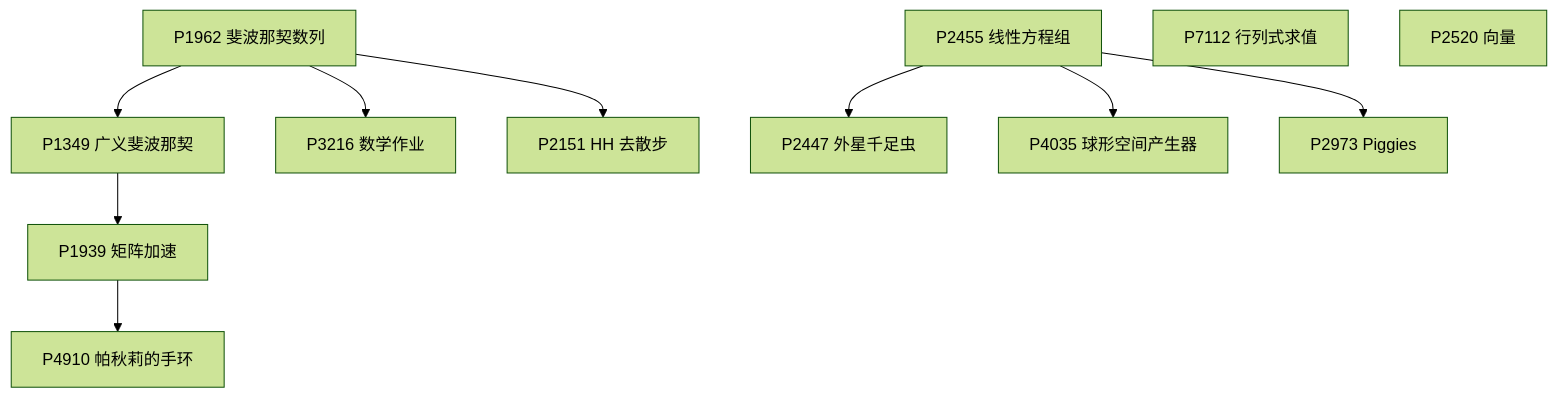
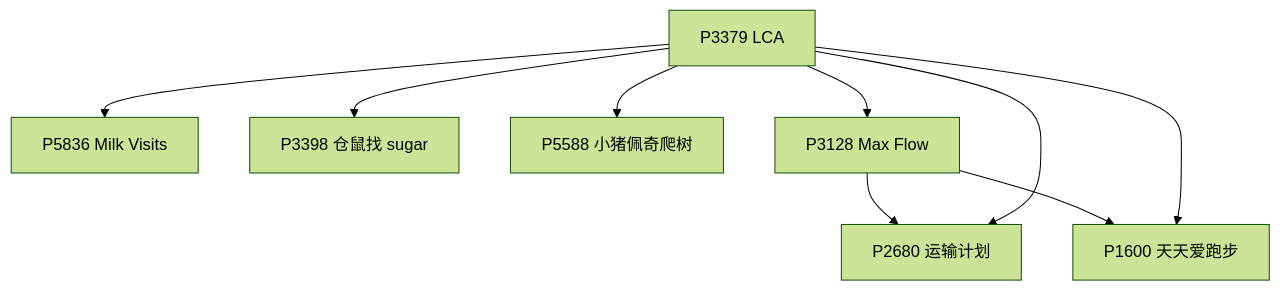
Before and after one commit to rainboyOJ/new_problem_solutions: diagram 20 of 56 in problem-sets/luogu-official-advanced-training.md, drawn with Mermaid (forest theme). The commit also changed other lines of this file and 3 other files, not shown here.

First line of the commit message:
fix(problem-sets): 前置关系图不再缩字——去孤立节点、按支线拆图、宽图横向滚动

````diff
--- a/problem-sets/luogu-official-advanced-training.md
+++ b/problem-sets/luogu-official-advanced-training.md
@@ -1185,24 +597,19 @@
 ```mermaid
 flowchart TD
-  n1962["P1962 斐波那契数列"]
-  n1349["P1349 广义斐波那契"]
-  n1939["P1939 矩阵加速"]
-  n4910["P4910 帕秋莉的手环"]
-  n3216["P3216 数学作业"]
-  n2151["P2151 HH 去散步"]
-  n2455["P2455 线性方程组"]
-  n2447["P2447 外星千足虫"]
-  n4035["P4035 球形空间产生器"]
-  n2973["P2973 Piggies"]
-  n7112["P7112 行列式求值"]
-  n2520["P2520 向量"]
+  nP3379["P3379 LCA"]
+  nP5836["P5836 Milk Visits"]
+  nP3398["P3398 仓鼠找 sugar"]
+  nP5588["P5588 小猪佩奇爬树"]
+  nP3128["P3128 Max Flow"]
+  nP2680["P2680 运输计划"]
+  nP1600["P1600 天天爱跑步"]
 
-  n1962 --> n1349
-  n1349 --> n1939
-  n1939 --> n4910
-  n1962 --> n3216
-  n1962 --> n2151
-  n2455 --> n2447
-  n2455 --> n4035
-  n2455 --> n2973
+  nP3379 --> nP5836
+  nP3379 --> nP3398
+  nP3379 --> nP5588
+  nP3379 --> nP3128
+  nP3128 --> nP2680
+  nP3379 --> nP2680
+  nP3128 --> nP1600
+  nP3379 --> nP1600
 ```
````
